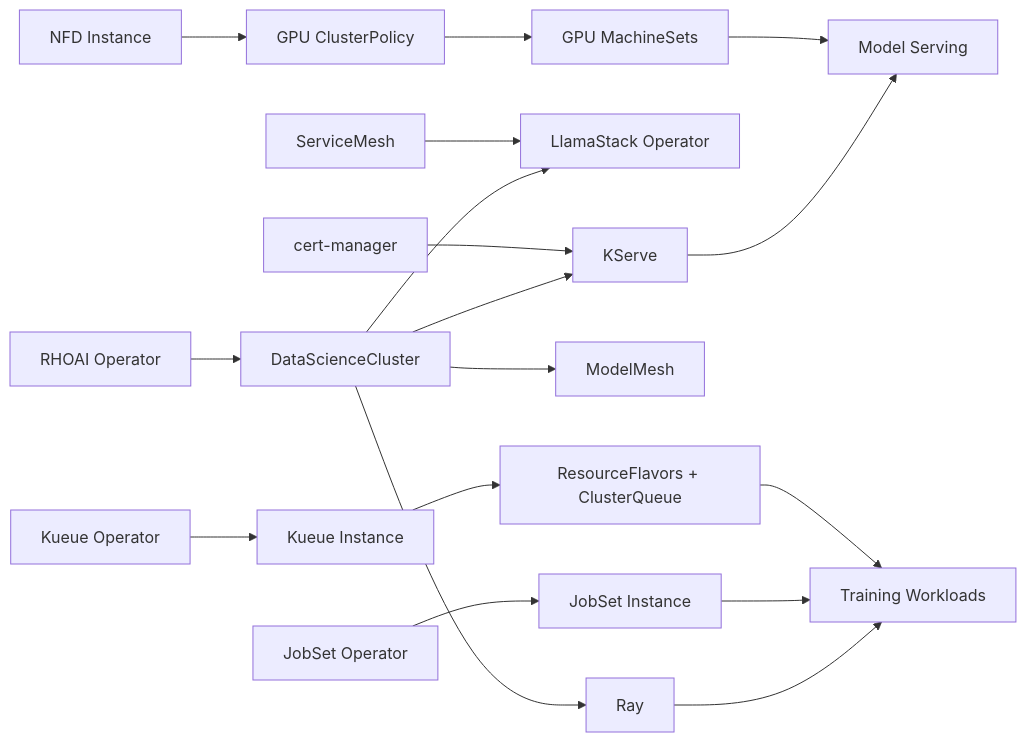
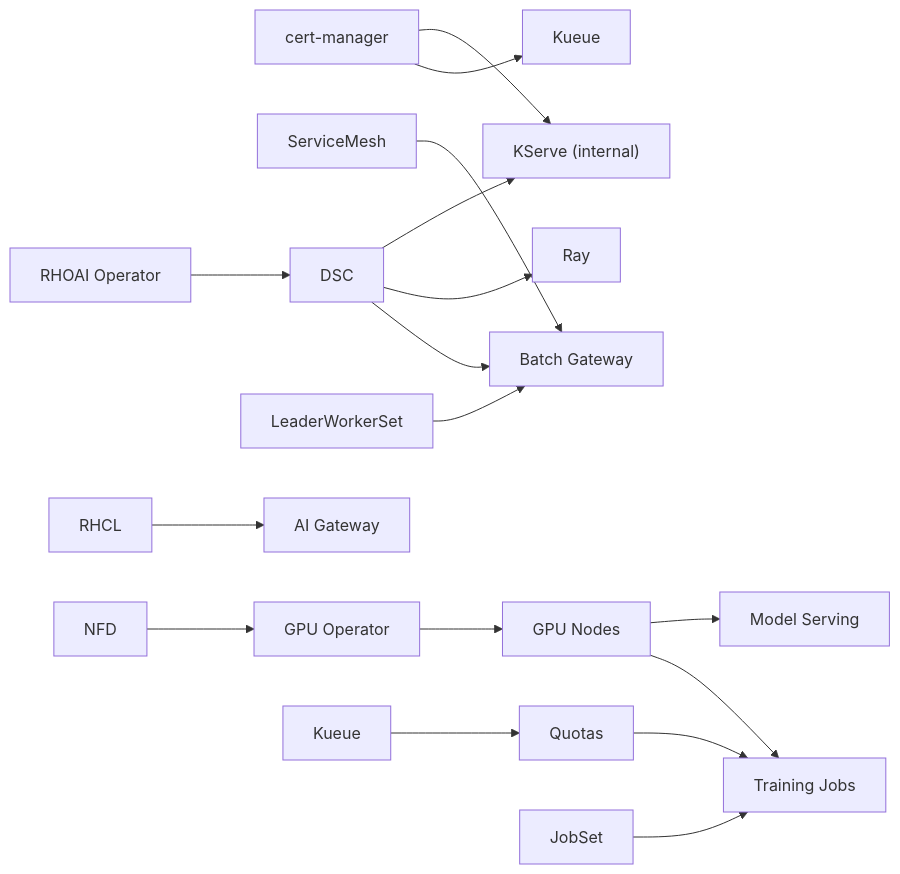
One commit to rrbanda/rhoai-deploy-gitops changed the second of 2 diagrams in docs/architecture.md. Above: the diagram before and after it, drawn with Mermaid. The commit also changed other lines of this file and 34 other files, not shown here.

````diff
--- a/docs/architecture.md
+++ b/docs/architecture.md
@@ -149,20 +147,19 @@
 ```mermaid
 graph LR
-  CertMgr["cert-manager"] --> KServe["KServe"]
-  ServiceMesh["ServiceMesh"] --> LlamaStackOp["LlamaStack Operator"]
-  NFD["NFD Instance"] --> GPU["GPU ClusterPolicy"]
-  GPU --> GPUWorkers["GPU MachineSets"]
-  GPUWorkers --> ModelServing["Model Serving"]
-  RHOAIOp["RHOAI Operator"] --> DSC["DataScienceCluster"]
+  CertMgr["cert-manager"] --> KServe["KServe (internal)"]
+  CertMgr --> Kueue["Kueue"]
+  ServiceMesh["ServiceMesh"] --> BatchGW["Batch Gateway"]
+  NFD["NFD"] --> GPU["GPU Operator"]
+  GPU --> GPUNodes["GPU Nodes"]
+  GPUNodes --> Serving["Model Serving"]
+  GPUNodes --> Training["Training Jobs"]
+  LWS["LeaderWorkerSet"] --> BatchGW
+  RHCL["RHCL"] --> AIGateway["AI Gateway"]
+  RHOAIOp["RHOAI Operator"] --> DSC["DSC"]
   DSC --> KServe
-  DSC --> ModelMesh["ModelMesh"]
   DSC --> Ray["Ray"]
-  DSC --> LlamaStackOp
-  KueueOp["Kueue Operator"] --> KueueInst["Kueue Instance"]
-  KueueInst --> KueueCfg["ResourceFlavors + ClusterQueue"]
-  KueueCfg --> Training["Training Workloads"]
-  JobSetOp["JobSet Operator"] --> JobSetInst["JobSet Instance"]
-  JobSetInst --> Training
-  KServe --> ModelServing
-  Ray --> Training
+  DSC --> BatchGW
+  KueueOp["Kueue"] --> KueueCfg["Quotas"]
+  KueueCfg --> Training
+  JobSet["JobSet"] --> Training
 ```
````
